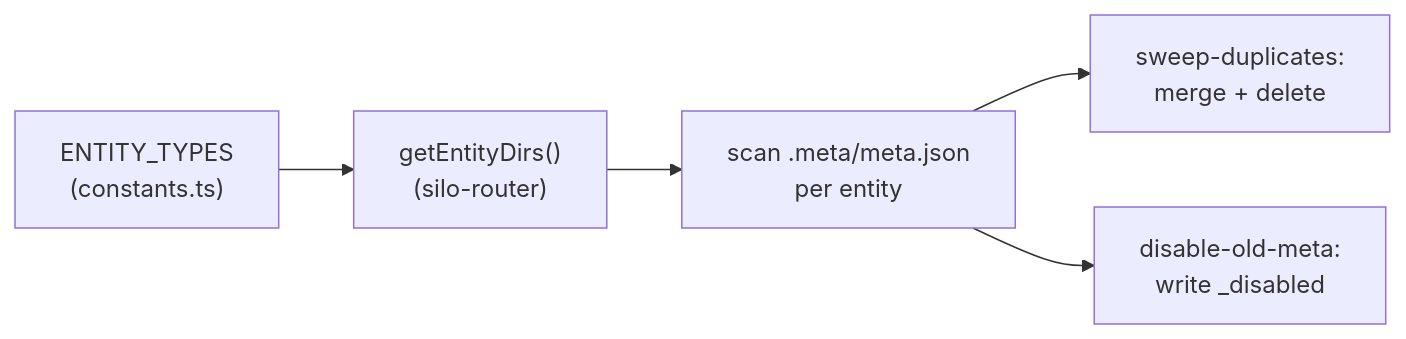
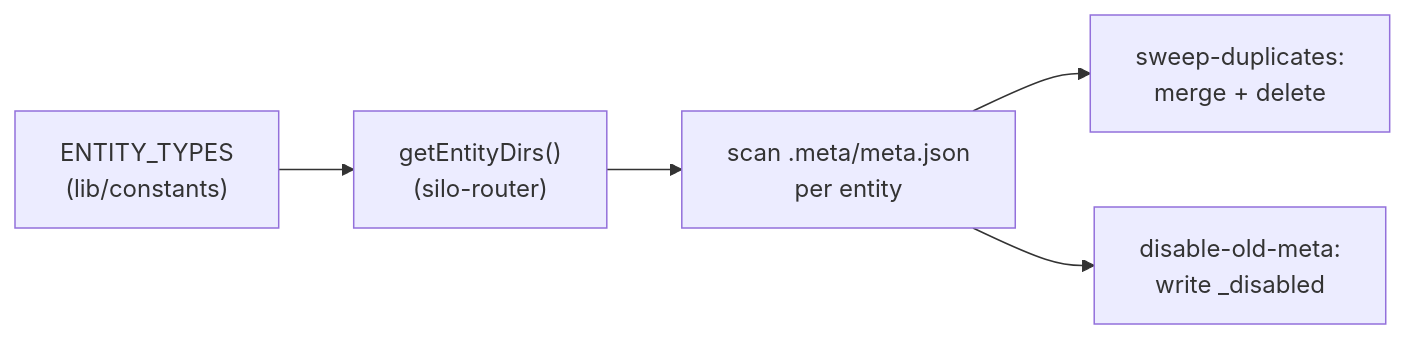
One commit to karmaniverous/jeeves-scripts-core changed the diagram in packages/core/docs/meta.md. Above: the diagram before and after it, drawn with Mermaid. The commit also changed other lines of this file and 35 other files, not shown here.

````diff
--- a/packages/core/docs/meta.md
+++ b/packages/core/docs/meta.md
@@ -14,7 +14,7 @@
 ```mermaid
 flowchart LR
-  types["ENTITY_TYPES\n(constants.ts)"] --> dirs["getEntityDirs()\n(silo-router)"]
+  types["ENTITY_TYPES\n(lib/constants)"] --> dirs["getEntityDirs()\n(silo-router)"]
   dirs --> scan["scan .meta/meta.json\nper entity"]
   scan --> sweep["sweep-duplicates:\nmerge + delete"]
   scan --> disable["disable-old-meta:\nwrite _disabled"]
 ```
````
